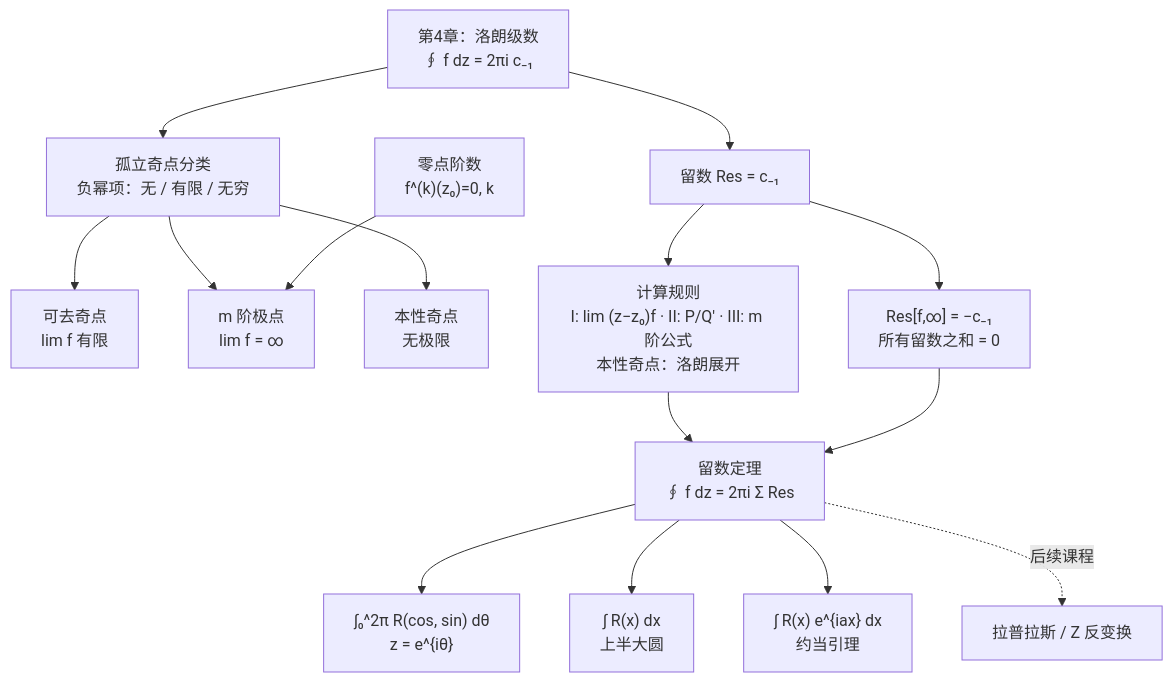
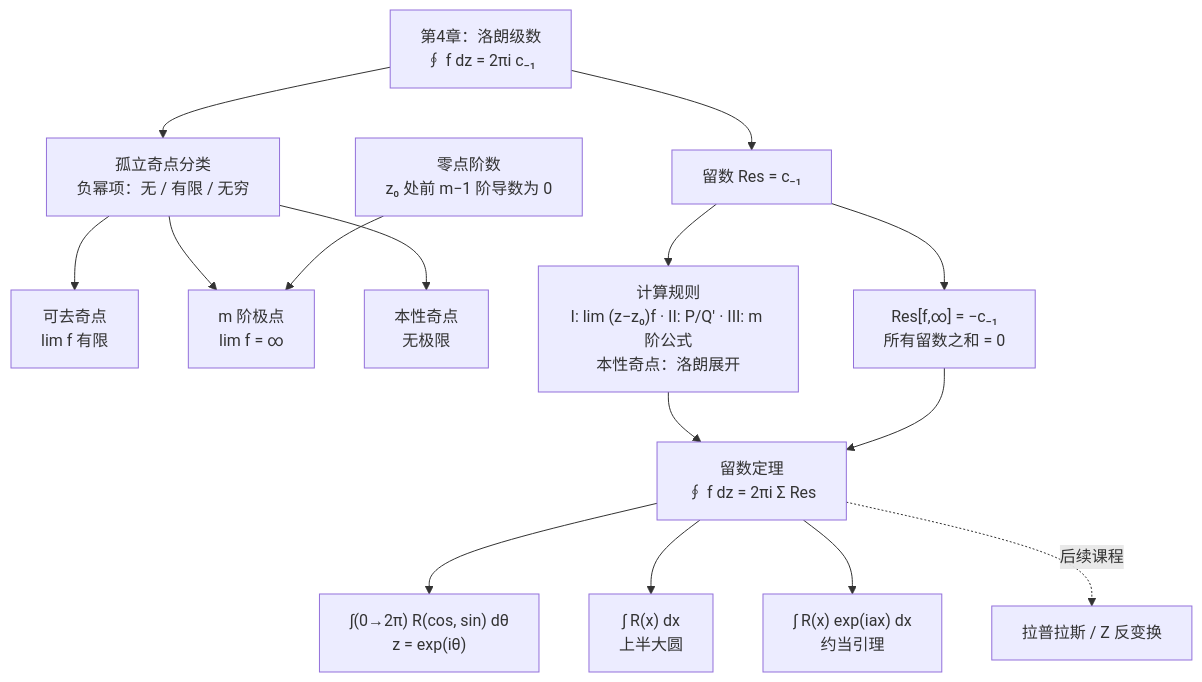
One commit to cockroach-f/complex-functions changed the diagram in docs/ch5.md. Above: the diagram before and after it, drawn with Mermaid. The commit also changed 1 other file, not shown here.

Commit message:
归纳图里的指数改成 exp，避免 ^ 和花括号原样显示。

````diff
--- a/docs/ch5.md
+++ b/docs/ch5.md
@@ -516,17 +516,17 @@
     ```mermaid
     flowchart TD
         LAU["第4章：洛朗级数<br/>∮ f dz = 2πi c₋₁"] --> CLS["孤立奇点分类<br/>负幂项：无 / 有限 / 无穷"]
         CLS --> RM["可去奇点<br/>lim f 有限"]
         CLS --> PO["m 阶极点<br/>lim f = ∞"]
         CLS --> ES["本性奇点<br/>无极限"]
-        ZERO["零点阶数<br/>f^(k)(z₀)=0, k<m"] --> PO
+        ZERO["零点阶数<br/>z₀ 处前 m−1 阶导数为 0"] --> PO
         LAU --> RES["留数 Res = c₋₁"]
         RES --> RULE["计算规则<br/>I: lim (z−z₀)f · II: P/Q' · III: m 阶公式<br/>本性奇点：洛朗展开"]
         RES --> INF["Res[f,∞] = −c₋₁<br/>所有留数之和 = 0"]
         RULE --> THM["留数定理<br/>∮ f dz = 2πi Σ Res"]
         INF --> THM
-        THM --> T1["∫₀^2π R(cos, sin) dθ<br/>z = e^{iθ}"]
+        THM --> T1["∫(0→2π) R(cos, sin) dθ<br/>z = exp(iθ)"]
         THM --> T2["∫ R(x) dx<br/>上半大圆"]
-        THM --> T3["∫ R(x) e^{iax} dx<br/>约当引理"]
+        THM --> T3["∫ R(x) exp(iax) dx<br/>约当引理"]
         THM -.后续课程.-> LAP["拉普拉斯 / Z 反变换"]
     ```
````
